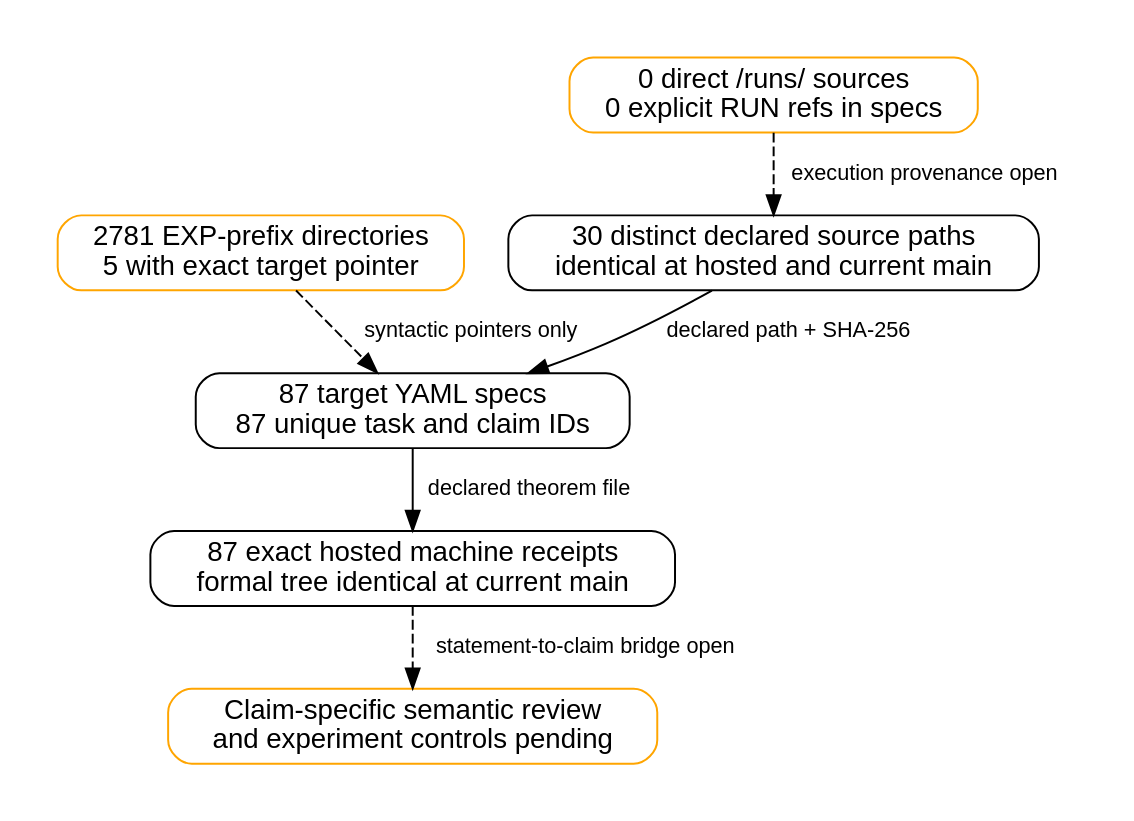
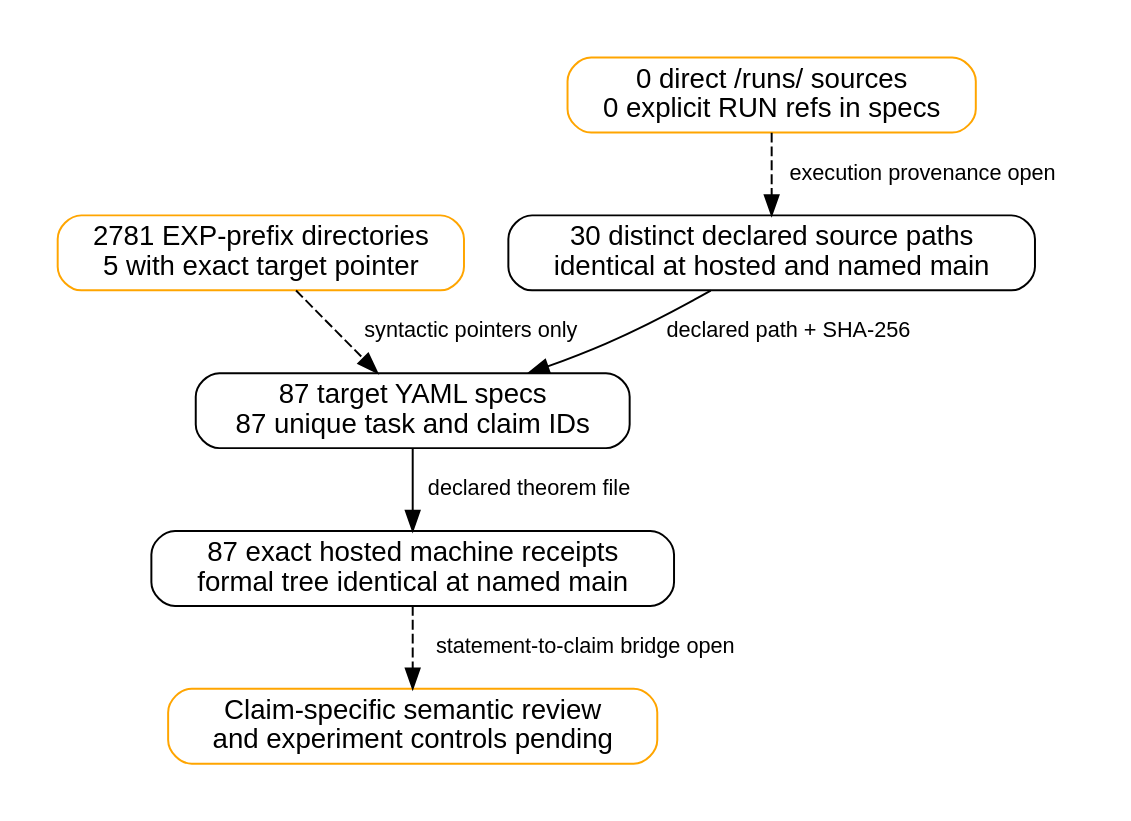
Before and after one commit to aburan28/crypto-autoresearcher: the diagram in docs/reports/2026-10-25-formal-target-provenance/coverage.dot, drawn with Graphviz. The commit also changed 7 other files, not shown here.

```diff
--- a/docs/reports/2026-10-25-formal-target-provenance/coverage.dot
+++ b/docs/reports/2026-10-25-formal-target-provenance/coverage.dot
@@ -1,16 +1,16 @@
 digraph provenance {
   graph [rankdir=TB, bgcolor="white", pad="0.3", nodesep="0.3", ranksep="0.4"];
   node [shape=box, style=rounded, fontname="Helvetica", fontsize=14];
   edge [fontname="Helvetica", fontsize=11];
-  source [label="30 distinct declared source paths\nidentical at hosted and current main"];
+  source [label="30 distinct declared source paths\nidentical at hosted and named main"];
   spec [label="87 target YAML specs\n87 unique task and claim IDs"];
-  theorem [label="87 exact hosted machine receipts\nformal tree identical at current main"];
+  theorem [label="87 exact hosted machine receipts\nformal tree identical at named main"];
   run [label="0 direct /runs/ sources\n0 explicit RUN refs in specs", color="orange"];
   corpus [label="2781 EXP-prefix directories\n5 with exact target pointer", color="orange"];
   review [label="Claim-specific semantic review\nand experiment controls pending", color="orange"];
   source -> spec [label="declared path + SHA-256"];
   spec -> theorem [label="declared theorem file"];
   run -> source [style=dashed, label="execution provenance open"];
   corpus -> spec [style=dashed, label="syntactic pointers only"];
   theorem -> review [style=dashed, label="statement-to-claim bridge open"];
 }
```
